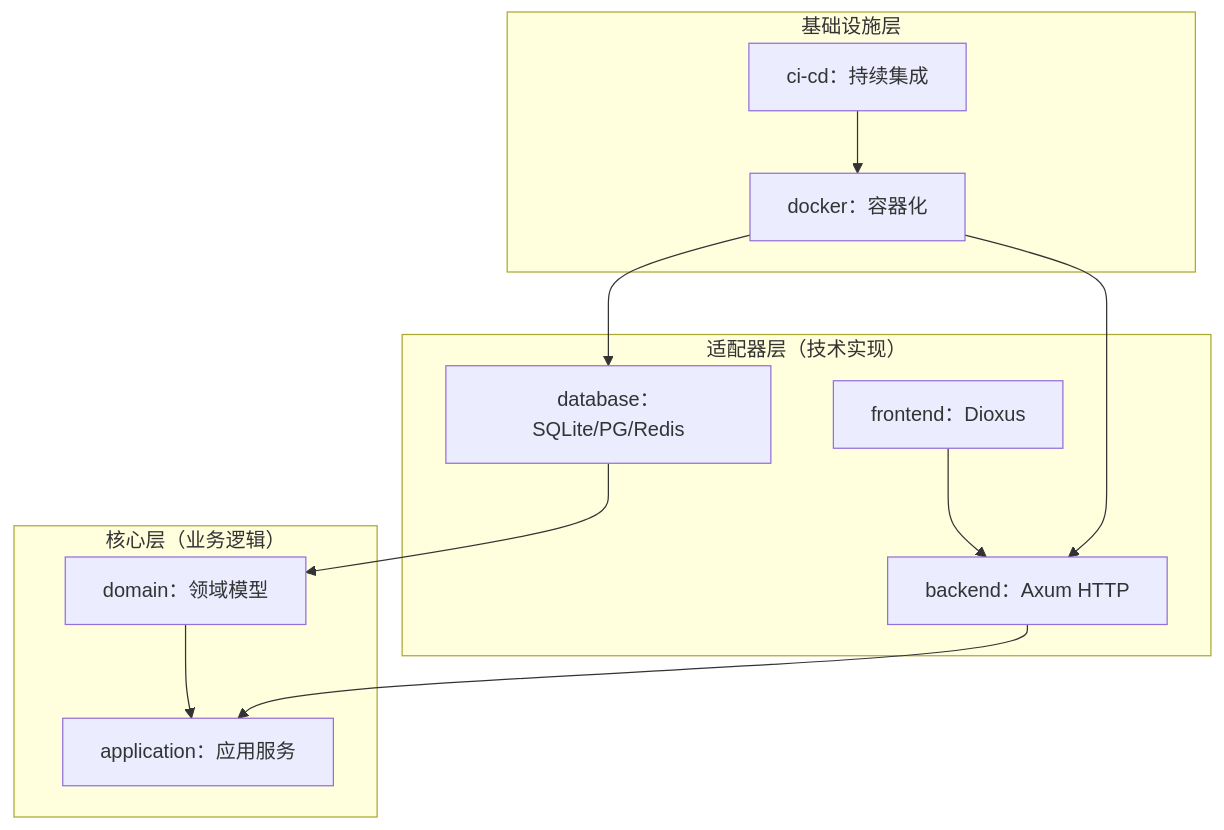
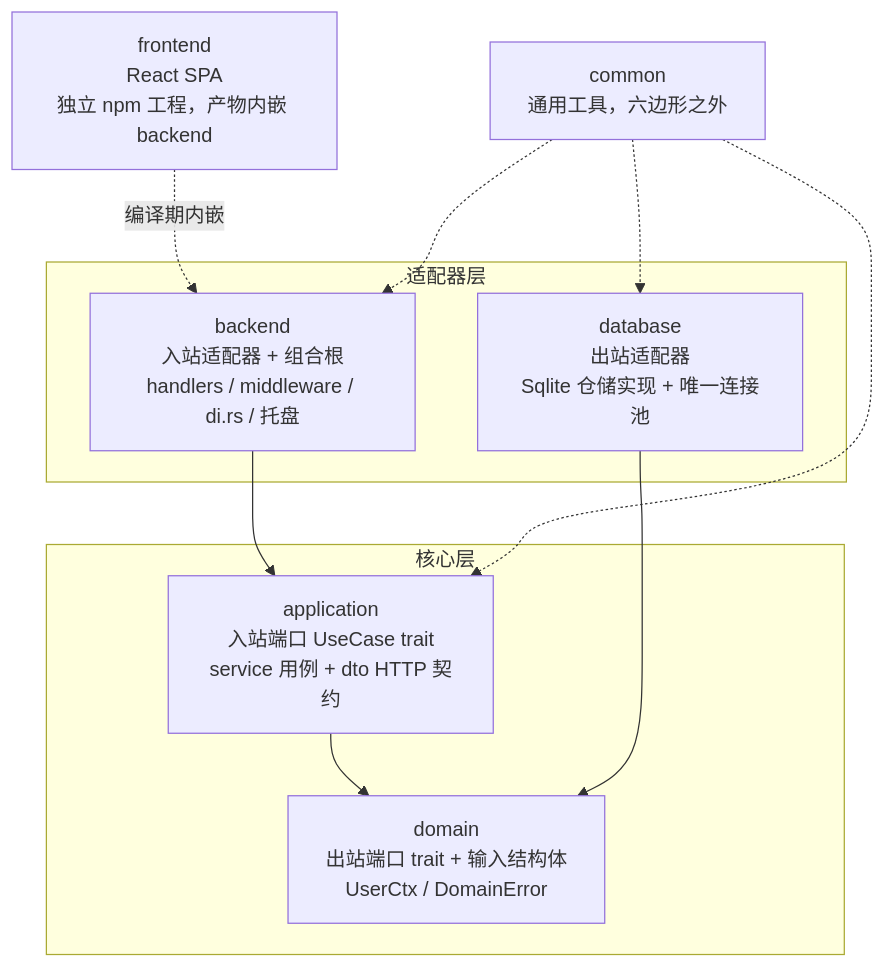
The diagram in .trae/documents/Rust 全栈项目架构整合方案.md (yinzlin/smcy), drawn with Mermaid before and after one commit. The commit also changed other lines of this file and 1 other file, not shown here.

````diff
--- a/.trae/documents/Rust 全栈项目架构整合方案.md
+++ b/.trae/documents/Rust 全栈项目架构整合方案.md
@@ -35,27 +46,19 @@
 ```mermaid
 flowchart TD
-    subgraph "核心层（业务逻辑）"
-        A[domain：领域模型]
-        B[application：应用服务]
-        A --> B
+    subgraph 适配器层
+        B[backend<br/>入站适配器 + 组合根<br/>handlers / middleware / di.rs / 托盘]
+        D[database<br/>出站适配器<br/>Sqlite 仓储实现 + 唯一连接池]
     end
-    
-    subgraph "适配器层（技术实现）"
-        C[backend：Axum HTTP]
-        D[database：SQLite/PG/Redis]
-        E[frontend：Dioxus]
+    subgraph 核心层
+        A[domain<br/>出站端口 trait + 输入结构体<br/>UserCtx / DomainError]
+        P[application<br/>入站端口 UseCase trait<br/>service 用例 + dto HTTP 契约]
     end
-    
-    subgraph "基础设施层"
-        F[docker：容器化]
-        G[ci-cd：持续集成]
-    end
-    
-    C --> B
+    F[frontend<br/>React SPA<br/>独立 npm 工程，产物内嵌 backend]
+    C[common<br/>通用工具，六边形之外]
+    B --> P --> A
     D --> A
-    E --> C
-    F --> C
-    F --> D
-    G --> F
-
+    F -.编译期内嵌.-> B
+    C -.-> B
+    C -.-> P
+    C -.-> D
 ```
````
